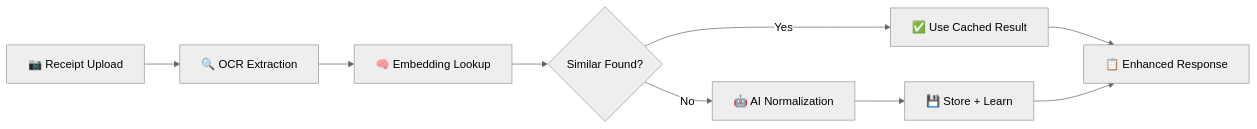
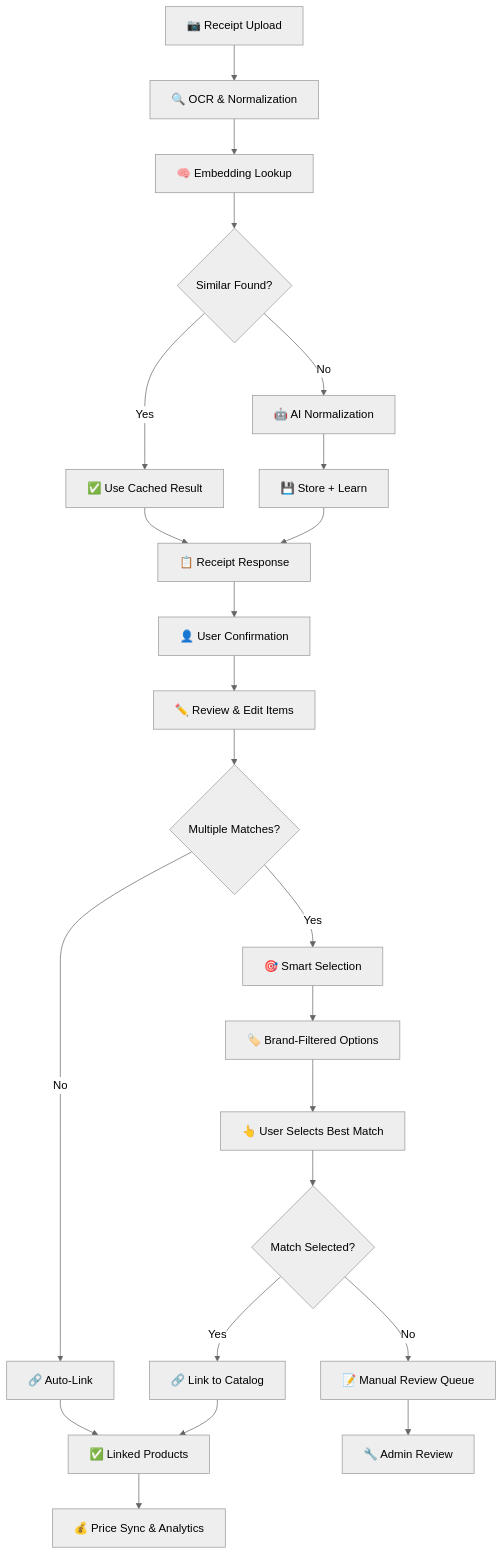
The second of 2 diagrams in README.md (jasonn0118/Beezly), drawn with Mermaid (neutral theme) before and after one commit. The commit also changed other lines of this file and 1 other file, not shown here.

````diff
--- a/README.md
+++ b/README.md
@@ -98,11 +144,26 @@
 ```mermaid
-graph LR
-    A[📷 Receipt Upload] --> B[🔍 OCR Extraction]
+graph TD
+    A[📷 Receipt Upload] --> B[🔍 OCR & Normalization]
     B --> C[🧠 Embedding Lookup]
     C --> D{Similar Found?}
     D -->|Yes| E[✅ Use Cached Result]
     D -->|No| F[🤖 AI Normalization]
     F --> G[💾 Store + Learn]
-    E --> H[📋 Enhanced Response]
+    E --> H[📋 Receipt Response]
     G --> H
+    
+    H --> I[👤 User Confirmation]
+    I --> J[✏️ Review & Edit Items]
+    J --> K{Multiple Matches?}
+    K -->|Yes| L[🎯 Smart Selection]
+    K -->|No| M[🔗 Auto-Link]
+    L --> N[🏷️ Brand-Filtered Options]
+    N --> O[👆 User Selects Best Match]
+    O --> P{Match Selected?}
+    P -->|Yes| Q[🔗 Link to Catalog]
+    P -->|No| R[📝 Manual Review Queue]
+    M --> S[✅ Linked Products]
+    Q --> S
+    R --> T[🔧 Admin Review]
+    S --> U[💰 Price Sync & Analytics]
 ```
````
